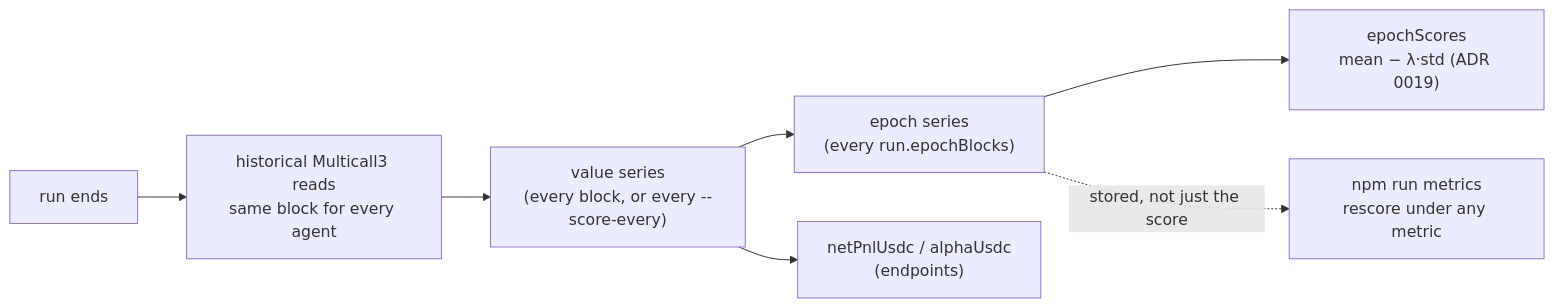
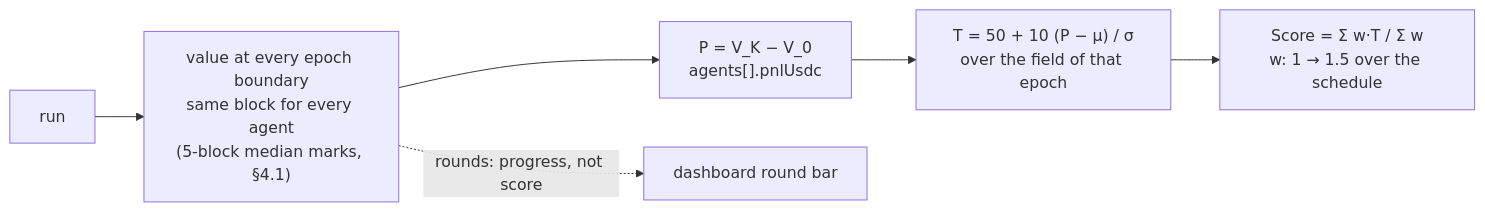
One commit to NyxFoundation/eris-agent-simulator changed the diagram in docs/guide/scoring.md. Above: the diagram before and after it, drawn with Mermaid. The commit also changed other lines of this file and 31 other files, not shown here.

First line of the commit message:
docs: ADR 0022 (deviation score), and every document off mean − λ·std, the metrics CLI and disqualification

````diff
--- a/docs/guide/scoring.md
+++ b/docs/guide/scoring.md
@@ -12,9 +11,8 @@
 ```mermaid
 flowchart LR
-  RUN["run ends"] --> REC["historical Multicall3 reads<br/>same block for every agent"]
-  REC --> SER["value series<br/>(every block, or every --score-every)"]
-  SER --> EP["epoch series<br/>(every run.epochBlocks)"]
-  SER --> PNL["netPnlUsdc / alphaUsdc<br/>(endpoints)"]
-  EP --> SC["epochScores<br/>mean − λ·std (ADR 0019)"]
-  EP -.->|"stored, not just the score"| MET["npm run metrics<br/>rescore under any metric"]
+  RUN["run"] --> BND["value at every epoch boundary<br/>same block for every agent<br/>(5-block median marks, §4.1)"]
+  BND --> P["P = V_K − V_0<br/>agents[].pnlUsdc"]
+  P --> T["T = 50 + 10 (P − μ) / σ<br/>over the field of that epoch"]
+  T --> S["Score = Σ w·T / Σ w<br/>w: 1 → 1.5 over the schedule"]
+  BND -.->|"rounds: progress, not score"| DASH["dashboard round bar"]
 ```
````
